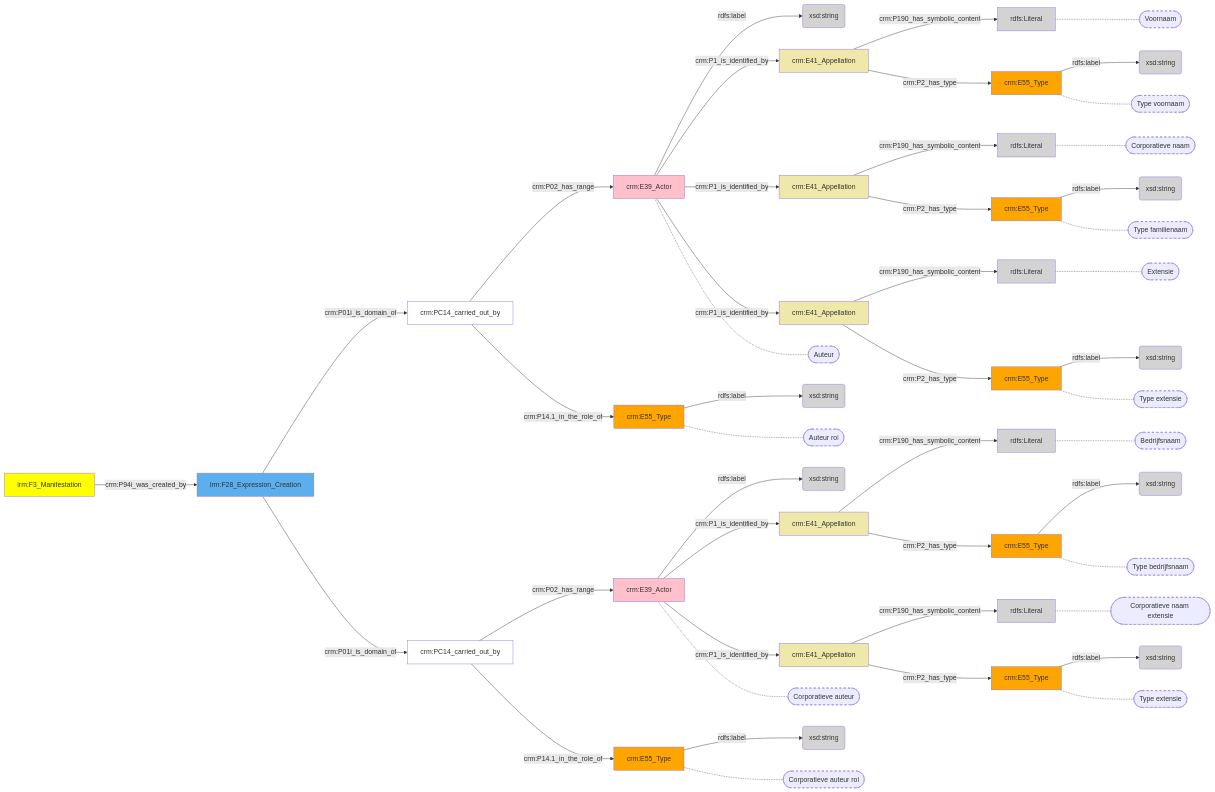
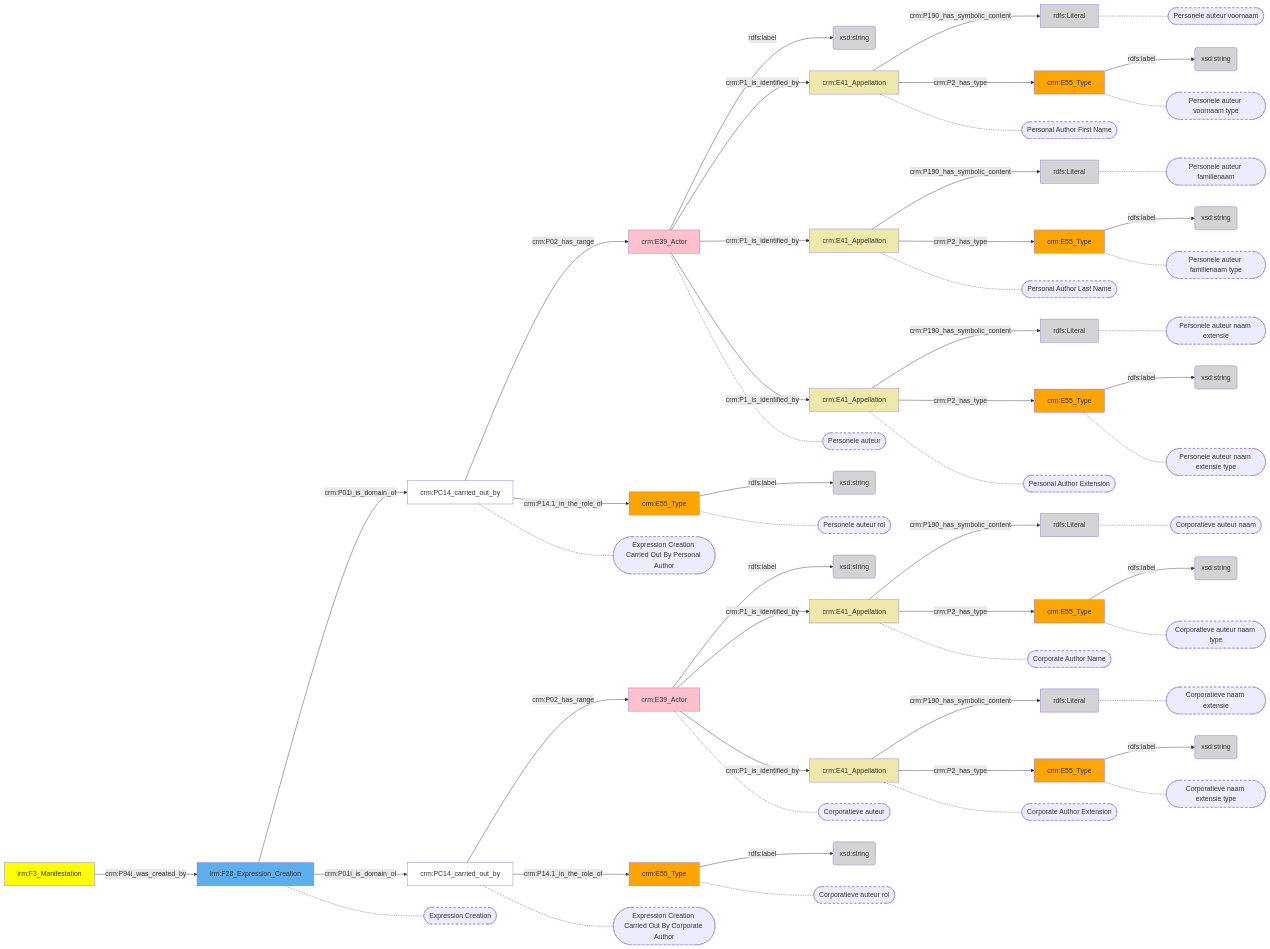
One commit to digipolisantwerpdocumentation/antwerp-cultureel-erfgoed changed the diagram in docs/content/modellen/BibliographicalManifestation/ExpressieCreatie.md. Above: the diagram before and after it, drawn with Mermaid. The commit also changed 173 other files, not shown here.

```diff
--- a/docs/content/modellen/BibliographicalManifestation/ExpressieCreatie.md
+++ b/docs/content/modellen/BibliographicalManifestation/ExpressieCreatie.md
@@ -31,20 +31,31 @@
 af0a5780-8e9a-11ee-8f9d-96a6d245525a["crm:E39_Actor"]-->|"crm:P1_is_identified_by"|af0a542e-8e9a-11ee-8f9d-96a6d245525a["crm:E41_Appellation"]
 af0a57da-8e9a-11ee-8f9d-96a6d245525a["crm:PC14_carried_out_by"]-->|"crm:P02_has_range"|af0a5780-8e9a-11ee-8f9d-96a6d245525a["crm:E39_Actor"]
 af0a57da-8e9a-11ee-8f9d-96a6d245525a["crm:PC14_carried_out_by"]-->|"crm:P14.1_in_the_role_of"|af0a5712-8e9a-11ee-8f9d-96a6d245525a["crm:E55_Type"]
-af0a4cb8-8e9a-11ee-8f9d-96a6d245525a["rdfs:Literal"]-.-af0a4cb8-8e9a-11ee-8f9d-96a6d245525a_s(["Voornaam"])
-af0a4d1c-8e9a-11ee-8f9d-96a6d245525a["crm:E55_Type"]-.-af0a4d1c-8e9a-11ee-8f9d-96a6d245525a_s(["Type "voornaam""])
-af0a4ed4-8e9a-11ee-8f9d-96a6d245525a["rdfs:Literal"]-.-af0a4ed4-8e9a-11ee-8f9d-96a6d245525a_s(["Bedrijfsnaam"])
-af0a4f42-8e9a-11ee-8f9d-96a6d245525a["crm:E55_Type"]-.-af0a4f42-8e9a-11ee-8f9d-96a6d245525a_s(["Type "bedrijfsnaam""])
-af0a50f0-8e9a-11ee-8f9d-96a6d245525a["rdfs:Literal"]-.-af0a50f0-8e9a-11ee-8f9d-96a6d245525a_s(["Corporatieve naam"])
-af0a515e-8e9a-11ee-8f9d-96a6d245525a["crm:E55_Type"]-.-af0a515e-8e9a-11ee-8f9d-96a6d245525a_s(["Type "familienaam""])
-af0a5294-8e9a-11ee-8f9d-96a6d245525a["rdfs:Literal"]-.-af0a5294-8e9a-11ee-8f9d-96a6d245525a_s(["Extensie"])
-af0a52ee-8e9a-11ee-8f9d-96a6d245525a["crm:E55_Type"]-.-af0a52ee-8e9a-11ee-8f9d-96a6d245525a_s(["Type "extensie""])
-af0a564a-8e9a-11ee-8f9d-96a6d245525a["crm:E39_Actor"]-.-af0a564a-8e9a-11ee-8f9d-96a6d245525a_s(["Auteur"])
-af0a4df8-8e9a-11ee-8f9d-96a6d245525a["crm:E55_Type"]-.-af0a4df8-8e9a-11ee-8f9d-96a6d245525a_s(["Auteur rol"])
+af0a497a-8e9a-11ee-8f9d-96a6d245525a["lrm:F28_Expression_Creation"]-.-af0a497a-8e9a-11ee-8f9d-96a6d245525a_s(["Expression Creation"])
+af0a53c0-8e9a-11ee-8f9d-96a6d245525a["crm:PC14_carried_out_by"]-.-af0a53c0-8e9a-11ee-8f9d-96a6d245525a_s(["Expression Creation Carried Out By Personal Author"])
+af0a57da-8e9a-11ee-8f9d-96a6d245525a["crm:PC14_carried_out_by"]-.-af0a57da-8e9a-11ee-8f9d-96a6d245525a_s(["Expression Creation Carried Out By Corporate Author"])
+af0a4cb8-8e9a-11ee-8f9d-96a6d245525a["rdfs:Literal"]-.-af0a4cb8-8e9a-11ee-8f9d-96a6d245525a_s(["Personele auteur voornaam"])
+af0a4d1c-8e9a-11ee-8f9d-96a6d245525a["crm:E55_Type"]-.-af0a4d1c-8e9a-11ee-8f9d-96a6d245525a_s(["Personele auteur voornaam type"])
+af0a4ed4-8e9a-11ee-8f9d-96a6d245525a["rdfs:Literal"]-.-af0a4ed4-8e9a-11ee-8f9d-96a6d245525a_s(["Corporatieve auteur naam"])
+af0a4f42-8e9a-11ee-8f9d-96a6d245525a["crm:E55_Type"]-.-af0a4f42-8e9a-11ee-8f9d-96a6d245525a_s(["Corporatieve auteur naam type"])
+af0a50f0-8e9a-11ee-8f9d-96a6d245525a["rdfs:Literal"]-.-af0a50f0-8e9a-11ee-8f9d-96a6d245525a_s(["Personele auteur familienaam"])
+af0a515e-8e9a-11ee-8f9d-96a6d245525a["crm:E55_Type"]-.-af0a515e-8e9a-11ee-8f9d-96a6d245525a_s(["Personele auteur familienaam type"])
+af0a5294-8e9a-11ee-8f9d-96a6d245525a["rdfs:Literal"]-.-af0a5294-8e9a-11ee-8f9d-96a6d245525a_s(["Personele auteur naam extensie"])
+af0a52ee-8e9a-11ee-8f9d-96a6d245525a["crm:E55_Type"]-.-af0a52ee-8e9a-11ee-8f9d-96a6d245525a_s(["Personele auteur naam extensie type"])
+af0a564a-8e9a-11ee-8f9d-96a6d245525a["crm:E39_Actor"]-.-af0a564a-8e9a-11ee-8f9d-96a6d245525a_s(["Personele auteur"])
+af0a4df8-8e9a-11ee-8f9d-96a6d245525a["crm:E55_Type"]-.-af0a4df8-8e9a-11ee-8f9d-96a6d245525a_s(["Personele auteur rol"])
 af0a54a6-8e9a-11ee-8f9d-96a6d245525a["rdfs:Literal"]-.-af0a54a6-8e9a-11ee-8f9d-96a6d245525a_s(["Corporatieve naam extensie"])
-af0a550a-8e9a-11ee-8f9d-96a6d245525a["crm:E55_Type"]-.-af0a550a-8e9a-11ee-8f9d-96a6d245525a_s(["Type "extensie""])
+af0a550a-8e9a-11ee-8f9d-96a6d245525a["crm:E55_Type"]-.-af0a550a-8e9a-11ee-8f9d-96a6d245525a_s(["Corporatieve naam extensie type"])
+af0a4c36-8e9a-11ee-8f9d-96a6d245525a["crm:E41_Appellation"]-.-af0a4c36-8e9a-11ee-8f9d-96a6d245525a_s(["Personal Author First Name"])
+af0a508c-8e9a-11ee-8f9d-96a6d245525a["crm:E41_Appellation"]-.-af0a508c-8e9a-11ee-8f9d-96a6d245525a_s(["Personal Author Last Name"])
+af0a5226-8e9a-11ee-8f9d-96a6d245525a["crm:E41_Appellation"]-.-af0a5226-8e9a-11ee-8f9d-96a6d245525a_s(["Personal Author Extension"])
+af0a4e70-8e9a-11ee-8f9d-96a6d245525a["crm:E41_Appellation"]-.-af0a4e70-8e9a-11ee-8f9d-96a6d245525a_s(["Corporate Author Name"])
+af0a542e-8e9a-11ee-8f9d-96a6d245525a["crm:E41_Appellation"]-.-af0a542e-8e9a-11ee-8f9d-96a6d245525a_s(["Corporate Author Extension"])
 af0a5780-8e9a-11ee-8f9d-96a6d245525a["crm:E39_Actor"]-.-af0a5780-8e9a-11ee-8f9d-96a6d245525a_s(["Corporatieve auteur"])
 af0a5712-8e9a-11ee-8f9d-96a6d245525a["crm:E55_Type"]-.-af0a5712-8e9a-11ee-8f9d-96a6d245525a_s(["Corporatieve auteur rol"])
+style af0a497a-8e9a-11ee-8f9d-96a6d245525a_s stroke-dasharray: 5
+style af0a53c0-8e9a-11ee-8f9d-96a6d245525a_s stroke-dasharray: 5
+style af0a57da-8e9a-11ee-8f9d-96a6d245525a_s stroke-dasharray: 5
 style af0a4cb8-8e9a-11ee-8f9d-96a6d245525a_s stroke-dasharray: 5
 style af0a4d1c-8e9a-11ee-8f9d-96a6d245525a_s stroke-dasharray: 5
 style af0a4ed4-8e9a-11ee-8f9d-96a6d245525a_s stroke-dasharray: 5
@@ -57,6 +68,11 @@
 style af0a4df8-8e9a-11ee-8f9d-96a6d245525a_s stroke-dasharray: 5
 style af0a54a6-8e9a-11ee-8f9d-96a6d245525a_s stroke-dasharray: 5
 style af0a550a-8e9a-11ee-8f9d-96a6d245525a_s stroke-dasharray: 5
+style af0a4c36-8e9a-11ee-8f9d-96a6d245525a_s stroke-dasharray: 5
+style af0a508c-8e9a-11ee-8f9d-96a6d245525a_s stroke-dasharray: 5
+style af0a5226-8e9a-11ee-8f9d-96a6d245525a_s stroke-dasharray: 5
+style af0a4e70-8e9a-11ee-8f9d-96a6d245525a_s stroke-dasharray: 5
+style af0a542e-8e9a-11ee-8f9d-96a6d245525a_s stroke-dasharray: 5
 style af0a5780-8e9a-11ee-8f9d-96a6d245525a_s stroke-dasharray: 5
 style af0a5712-8e9a-11ee-8f9d-96a6d245525a_s stroke-dasharray: 5
 style 17e0efec-8e93-11ee-8f9d-96a6d245525a fill:#ffff00
```
